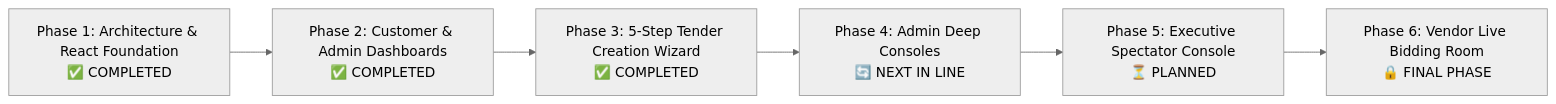
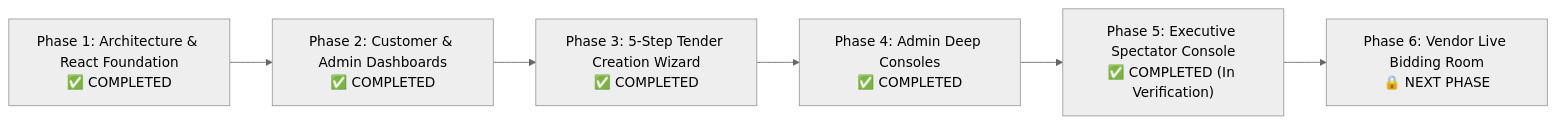
Before and after one commit to Someshwar-Sahu/BiddingSite: the second of 2 diagrams in PROJECT_PLAN.md, drawn with Mermaid (neutral theme). The commit also changed other lines of this file and 31 other files, not shown here.

Commit message:
feat: complete Phase 4 Admin Consoles and Phase 5 Executive Observer in React

````diff
--- a/PROJECT_PLAN.md
+++ b/PROJECT_PLAN.md
@@ -55,8 +56,8 @@
 ```mermaid
 flowchart LR
     P1["Phase 1: Architecture & React Foundation<br/>✅ COMPLETED"] --> P2["Phase 2: Customer & Admin Dashboards<br/>✅ COMPLETED"]
     P2 --> P3["Phase 3: 5-Step Tender Creation Wizard<br/>✅ COMPLETED"]
-    P3 --> P4["Phase 4: Admin Deep Consoles<br/>🔄 NEXT IN LINE"]
-    P4 --> P5["Phase 5: Executive Spectator Console<br/>⏳ PLANNED"]
-    P5 --> P6["Phase 6: Vendor Live Bidding Room<br/>🔒 FINAL PHASE"]
+    P3 --> P4["Phase 4: Admin Deep Consoles<br/>✅ COMPLETED"]
+    P4 --> P5["Phase 5: Executive Spectator Console<br/>✅ COMPLETED (In Verification)"]
+    P5 --> P6["Phase 6: Vendor Live Bidding Room<br/>🔒 NEXT PHASE"]
 ```
````
